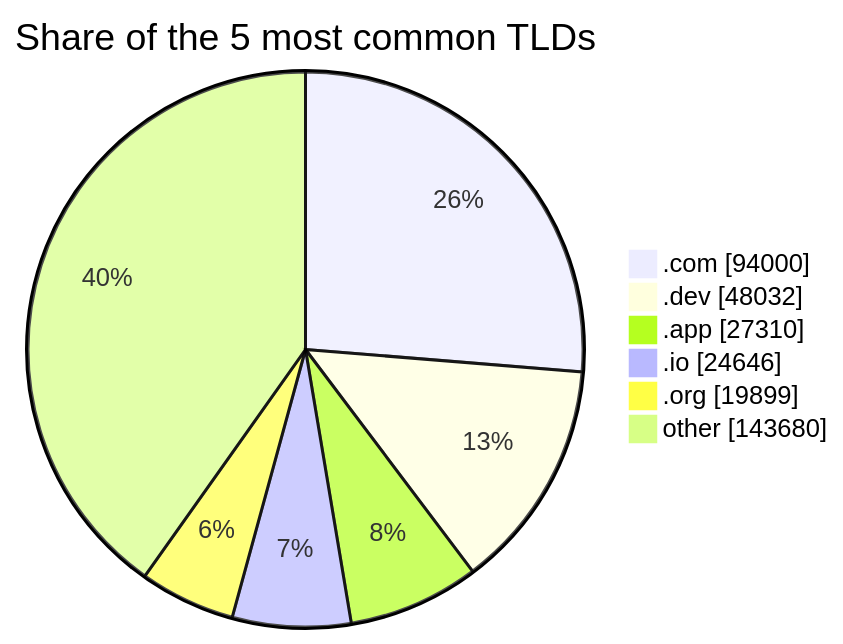
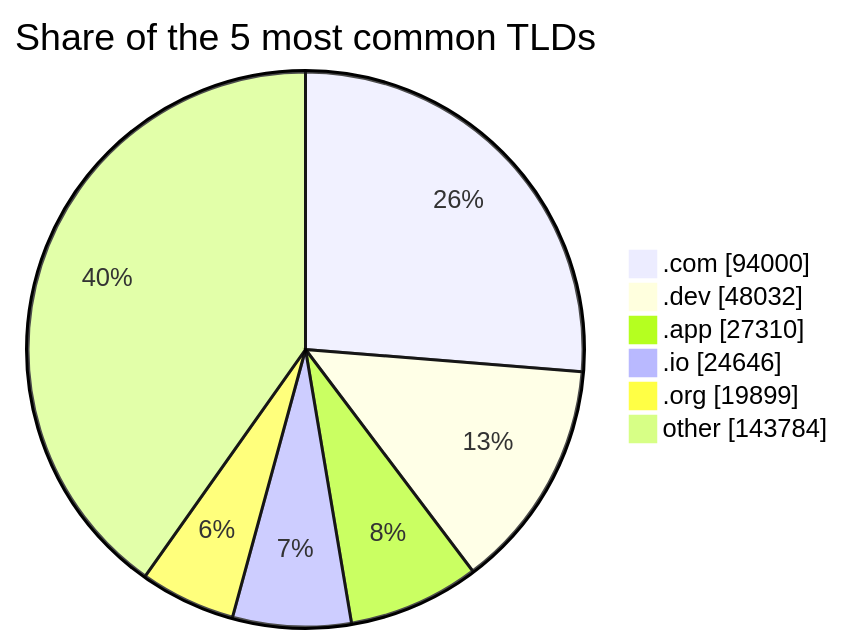
Before and after one commit to DNSBunker/CTI: the third of 3 diagrams in README.md, drawn with Mermaid. The commit also changed other lines of this file and 3 other files, not shown here.

````diff
--- a/README.md
+++ b/README.md
@@ -81,9 +81,9 @@
 ```mermaid
 pie showData title Share of the 5 most common TLDs
     ".com" : 94000
     ".dev" : 48032
     ".app" : 27310
     ".io" : 24646
     ".org" : 19899
-    "other" : 143680
+    "other" : 143784
 ```
````
